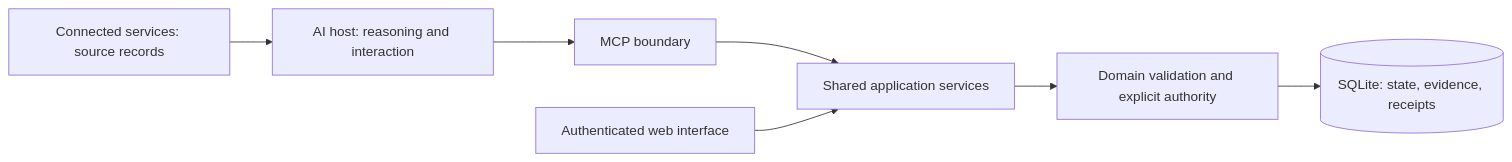
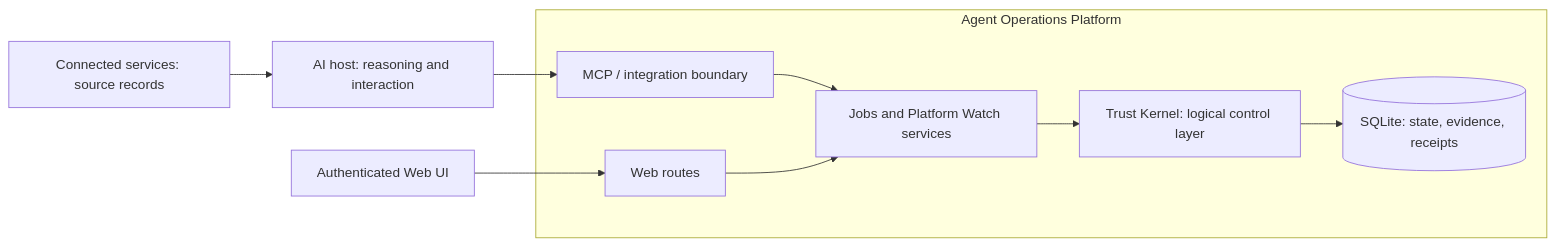
The diagram in README.md (Andy-JunXiong/Agent-Operations-Platform), drawn with Mermaid before and after one commit. The commit also changed other lines of this file and 52 other files, not shown here.

Commit message:
Position Agent Operations Platform with evidence-backed capability boundaries

````diff
--- a/README.md
+++ b/README.md
@@ -13,9 +15,12 @@
 ```mermaid
 flowchart LR
     Sources[Connected services: source records] --> Host[AI host: reasoning and interaction]
-    Host --> MCP[MCP boundary]
-    MCP --> Service[Shared application services]
-    Web[Authenticated web interface] --> Service
-    Service --> Admission[Domain validation and explicit authority]
-    Admission --> DB[(SQLite: state, evidence, receipts)]
+    Host --> MCP[MCP / integration boundary]
+    Web[Authenticated Web UI] --> Routes[Web routes]
+    subgraph Platform[Agent Operations Platform]
+        MCP --> Service[Jobs and Platform Watch services]
+        Routes --> Service
+        Service --> Controls[Trust Kernel: logical control layer]
+        Controls --> DB[(SQLite: state, evidence, receipts)]
+    end
 ```
````
